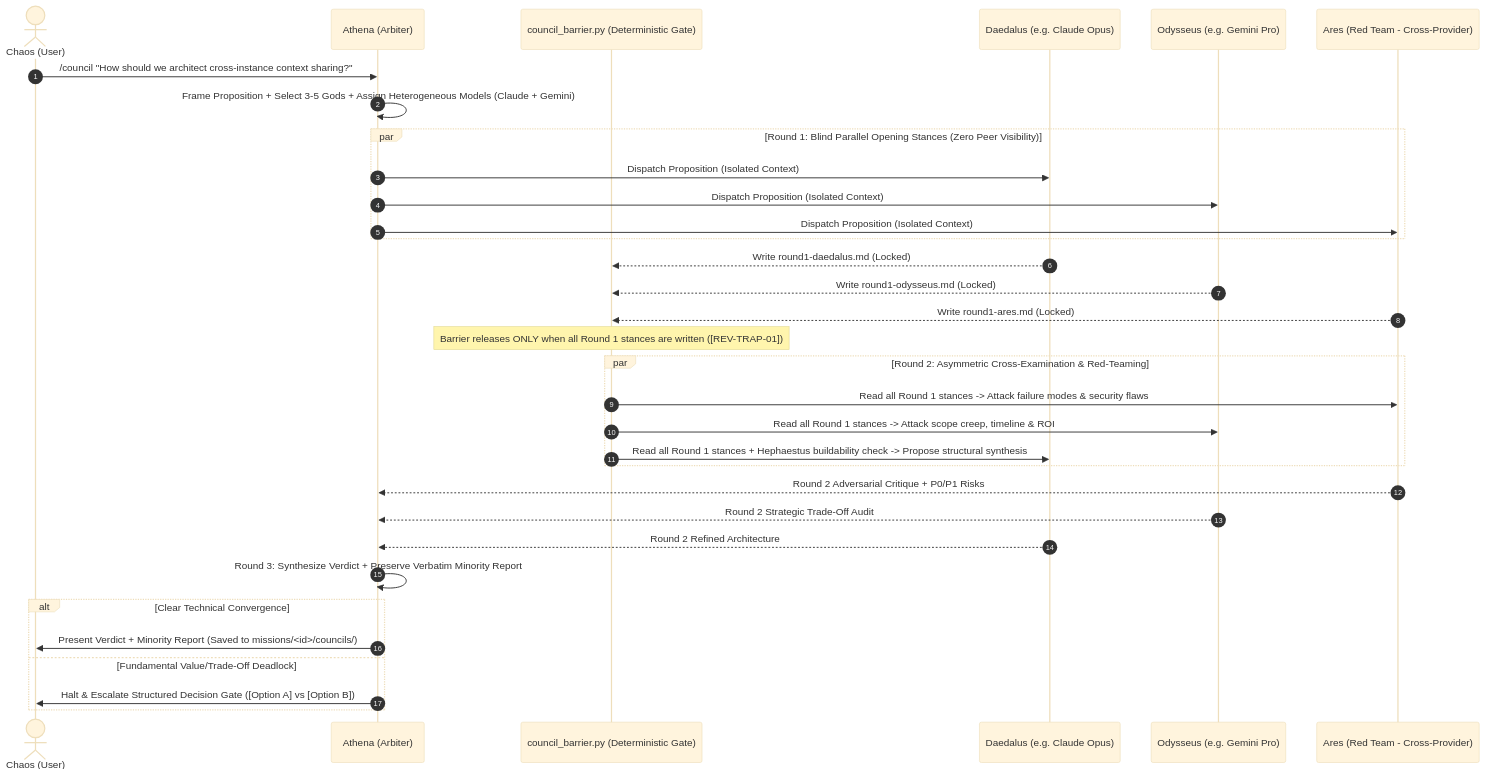
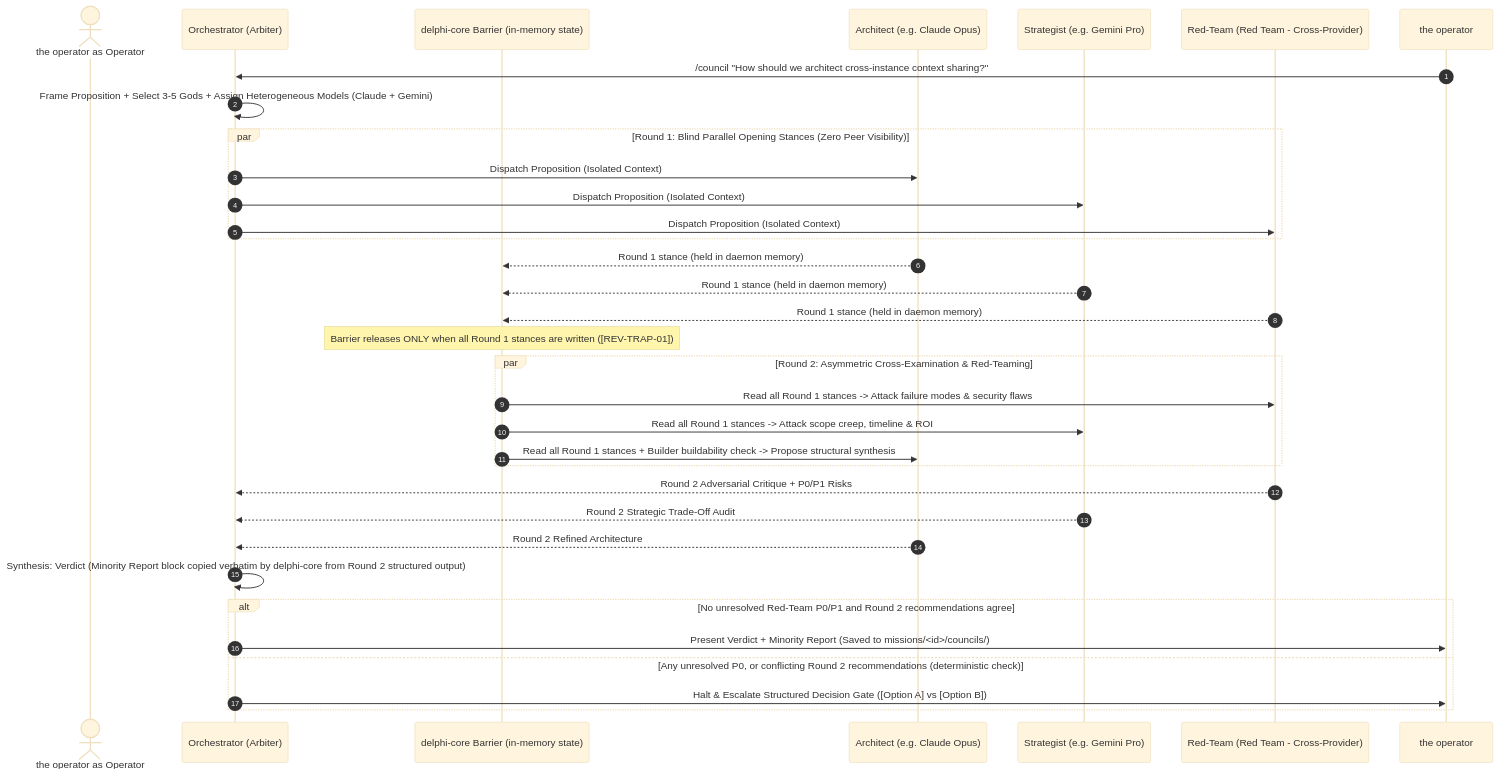
One commit to jessevondoom/delphi changed the second of 2 diagrams in specs/003-collaboration-and-council.md. Above: the diagram before and after it, drawn with Mermaid (base theme). The commit also changed other lines of this file and 73 other files, not shown here.

First line of the commit message:
feat(spec): harden v0.4 spec suite via Council 001; canonical roles and theme packs

````diff
--- a/specs/003-collaboration-and-council.md
+++ b/specs/003-collaboration-and-council.md
@@ -66,41 +96,41 @@
 ```mermaid
 sequenceDiagram
     autonumber
-    actor Chaos as Chaos (User)
-    participant Athena as Athena (Arbiter)
-    participant Barrier as council_barrier.py (Deterministic Gate)
-    participant SpecA as Daedalus (e.g. Claude Opus)
-    participant SpecB as Odysseus (e.g. Gemini Pro)
-    participant Ares as Ares (Red Team - Cross-Provider)
+    actor the operator as Operator
+    participant Orchestrator as Orchestrator (Arbiter)
+    participant Barrier as delphi-core Barrier (in-memory state)
+    participant SpecA as Architect (e.g. Claude Opus)
+    participant SpecB as Strategist (e.g. Gemini Pro)
+    participant Red-Team as Red-Team (Red Team - Cross-Provider)
 
-    Chaos->>Athena: /council "How should we architect cross-instance context sharing?"
-    Athena->>Athena: Frame Proposition + Select 3-5 Gods + Assign Heterogeneous Models (Claude + Gemini)
+    the operator->>Orchestrator: /council "How should we architect cross-instance context sharing?"
+    Orchestrator->>Orchestrator: Frame Proposition + Select 3-5 Gods + Assign Heterogeneous Models (Claude + Gemini)
     
     par Round 1: Blind Parallel Opening Stances (Zero Peer Visibility)
-        Athena->>SpecA: Dispatch Proposition (Isolated Context)
-        Athena->>SpecB: Dispatch Proposition (Isolated Context)
-        Athena->>Ares: Dispatch Proposition (Isolated Context)
+        Orchestrator->>SpecA: Dispatch Proposition (Isolated Context)
+        Orchestrator->>SpecB: Dispatch Proposition (Isolated Context)
+        Orchestrator->>Red-Team: Dispatch Proposition (Isolated Context)
     end
-    SpecA-->>Barrier: Write round1-daedalus.md (Locked)
-    SpecB-->>Barrier: Write round1-odysseus.md (Locked)
-    Ares-->>Barrier: Write round1-ares.md (Locked)
+    SpecA-->>Barrier: Round 1 stance (held in daemon memory)
+    SpecB-->>Barrier: Round 1 stance (held in daemon memory)
+    Red-Team-->>Barrier: Round 1 stance (held in daemon memory)
     
     Note over Barrier: Barrier releases ONLY when all Round 1 stances are written ([REV-TRAP-01])
 
     par Round 2: Asymmetric Cross-Examination & Red-Teaming
-        Barrier->>Ares: Read all Round 1 stances -> Attack failure modes & security flaws
+        Barrier->>Red-Team: Read all Round 1 stances -> Attack failure modes & security flaws
         Barrier->>SpecB: Read all Round 1 stances -> Attack scope creep, timeline & ROI
-        Barrier->>SpecA: Read all Round 1 stances + Hephaestus buildability check -> Propose structural synthesis
+        Barrier->>SpecA: Read all Round 1 stances + Builder buildability check -> Propose structural synthesis
     end
     
-    Ares-->>Athena: Round 2 Adversarial Critique + P0/P1 Risks
-    SpecB-->>Athena: Round 2 Strategic Trade-Off Audit
-    SpecA-->>Athena: Round 2 Refined Architecture
+    Red-Team-->>Orchestrator: Round 2 Adversarial Critique + P0/P1 Risks
+    SpecB-->>Orchestrator: Round 2 Strategic Trade-Off Audit
+    SpecA-->>Orchestrator: Round 2 Refined Architecture
 
-    Athena->>Athena: Round 3: Synthesize Verdict + Preserve Verbatim Minority Report
-    alt Clear Technical Convergence
-        Athena->>Chaos: Present Verdict + Minority Report (Saved to missions/<id>/councils/)
-    else Fundamental Value/Trade-Off Deadlock
-        Athena->>Chaos: Halt & Escalate Structured Decision Gate ([Option A] vs [Option B])
+    Orchestrator->>Orchestrator: Synthesis: Verdict (Minority Report block copied verbatim by delphi-core from Round 2 structured output)
+    alt No unresolved Red-Team P0/P1 and Round 2 recommendations agree
+        Orchestrator->>the operator: Present Verdict + Minority Report (Saved to missions/<id>/councils/)
+    else Any unresolved P0, or conflicting Round 2 recommendations (deterministic check)
+        Orchestrator->>the operator: Halt & Escalate Structured Decision Gate ([Option A] vs [Option B])
     end
 ```
````
